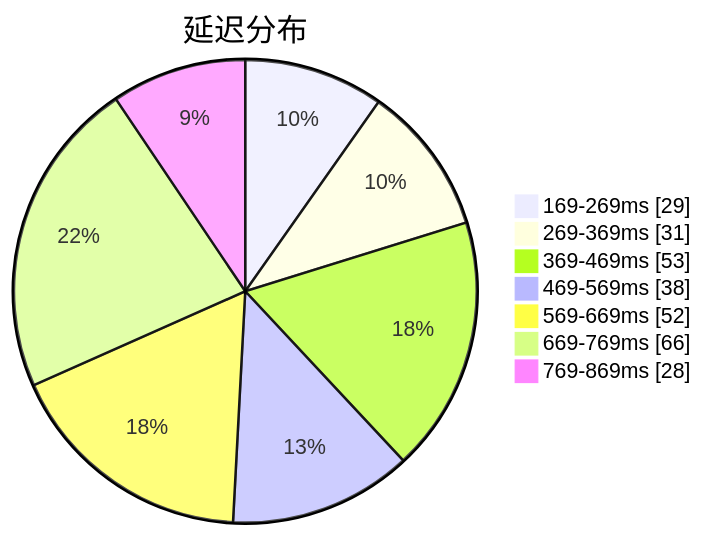
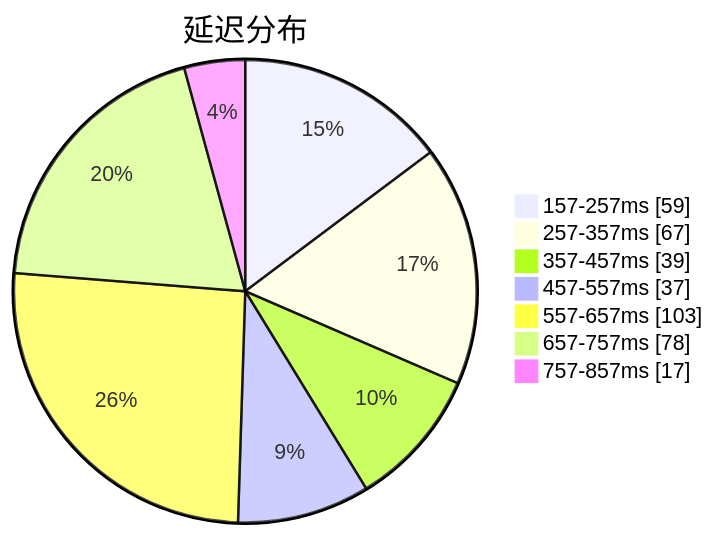
One commit to qjlxg/airport changed the first of 3 diagrams in subs/statistics/tested_within.md. Above: the diagram before and after it, drawn with Mermaid. The commit also changed other lines of this file and 2 other files, not shown here.

Commit message:
Tested by metaST

````diff
--- a/subs/statistics/tested_within.md
+++ b/subs/statistics/tested_within.md
@@ -2,11 +2,11 @@
 ```mermaid
 pie showData
 title 延迟分布
-"169-269ms" : 29
-"269-369ms" : 31
-"369-469ms" : 53
-"469-569ms" : 38
-"569-669ms" : 52
-"669-769ms" : 66
-"769-869ms" : 28
+"157-257ms" : 59
+"257-357ms" : 67
+"357-457ms" : 39
+"457-557ms" : 37
+"557-657ms" : 103
+"657-757ms" : 78
+"757-857ms" : 17
 ```
````
